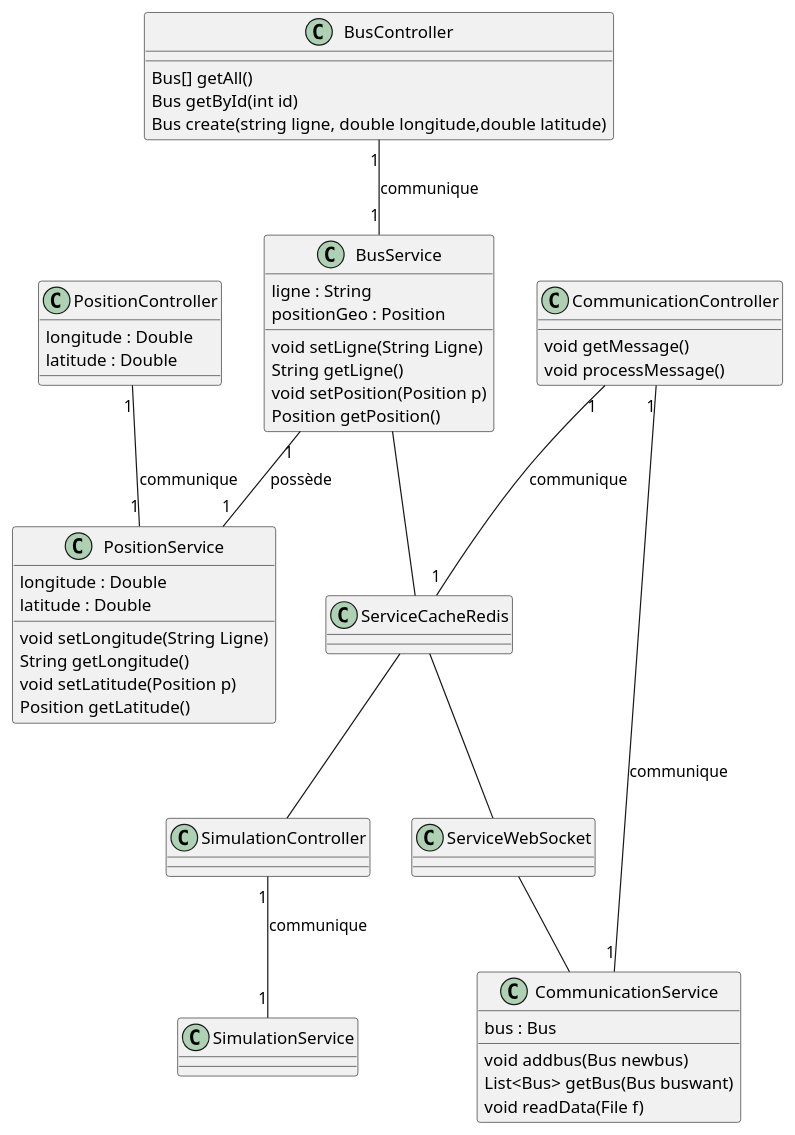
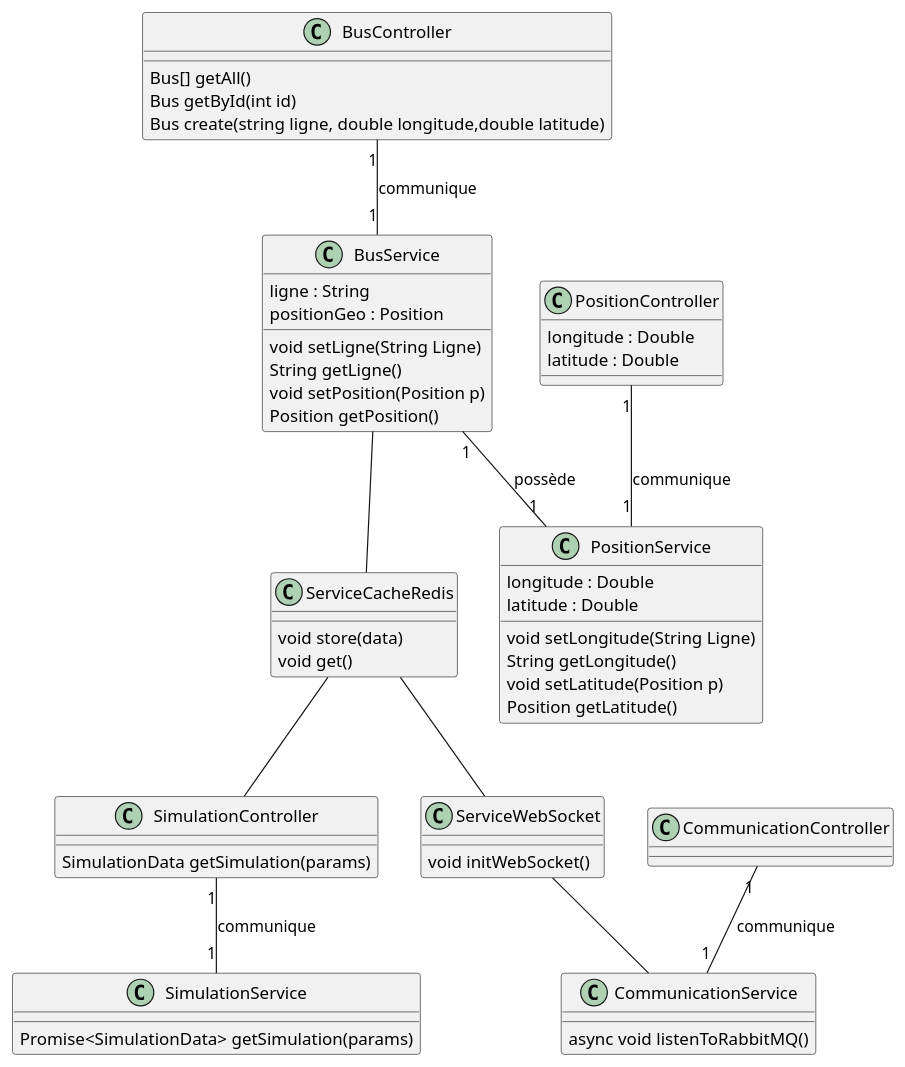
Before and after one commit to ESIR2-PROJET-KEOLIS/design: the diagram in diagrams/backend/ClassDiagrammBackend.puml, drawn with PlantUML.

Commit message:
update classDiagram backend

```diff
--- a/diagrams/backend/ClassDiagrammBackend.puml
+++ b/diagrams/backend/ClassDiagrammBackend.puml
@@ -1,82 +1,76 @@
 @startuml
 class BusController {
   
   Bus[] getAll()
   Bus getById(int id)
   Bus create(string ligne, double longitude,double latitude)
 }
 
 class BusService {
   ligne : String
   positionGeo : Position
   void setLigne(String Ligne)
   String getLigne()
   void setPosition(Position p)
   Position getPosition()
 }
 
 BusController "1" -- "1" BusService : communique
 
 class PositionController {
    longitude : Double
    latitude : Double
 
 }
 
 class PositionService {
    longitude : Double
    latitude : Double
    void setLongitude(String Ligne)
    String getLongitude()
    void setLatitude(Position p)
    Position getLatitude()
 }
 
 PositionController "1" -- "1" PositionService : communique
 
 
 class CommunicationController {
-  void getMessage()
-  void processMessage()
+
 }
 
 class CommunicationService {
-   bus : Bus
-   void addbus(Bus newbus)
-   List<Bus> getBus(Bus buswant)
-   void readData(File f)
+   async void listenToRabbitMQ()
 }
 
 CommunicationController "1" -- "1" CommunicationService : communique
 
 
 class SimulationController{
-
+SimulationData getSimulation(params)
 }
 
 class SimulationService{
-
+Promise<SimulationData> getSimulation(params)
 }
 
 SimulationController "1" -- "1" SimulationService : communique
 
 
 class ServiceWebSocket{
-
+ void initWebSocket()
 }
 
 class ServiceCacheRedis{
-  
+  void store(data)
+  void get()
 }
-
-CommunicationController "1" -- "1" ServiceCacheRedis : communique
-
 
 
 ServiceCacheRedis -- ServiceWebSocket
 
 BusService "1" -- "1" PositionService : possède
 ServiceCacheRedis -- SimulationController
 BusService -- ServiceCacheRedis
 ServiceWebSocket -- CommunicationService
 @enduml
```
